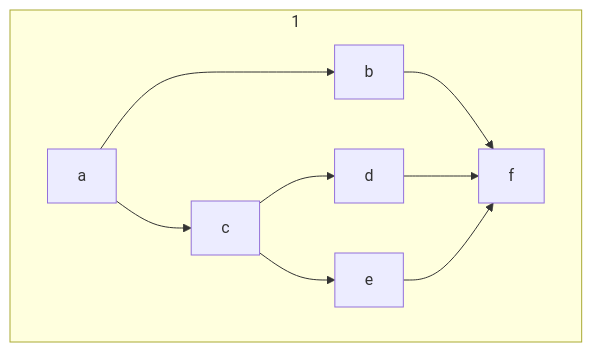
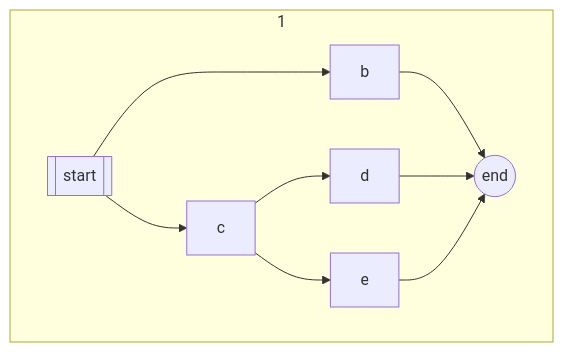
One commit to vczh-websites/vczh changed diagram 14 of 14 in Blog/GLR-Refactoring/Mermaid.md. Above: the diagram before and after it, drawn with Mermaid.

````diff
--- a/Blog/GLR-Refactoring/Mermaid.md
+++ b/Blog/GLR-Refactoring/Mermaid.md
@@ -260,8 +260,8 @@
 ```mermaid
 graph TD
   subgraph 1
-    a-->b & c
-    b-->f
+    a[[start]]-->b & c
+    b-->f((end))
     c-->d & e-->f
   end
 ```
````
